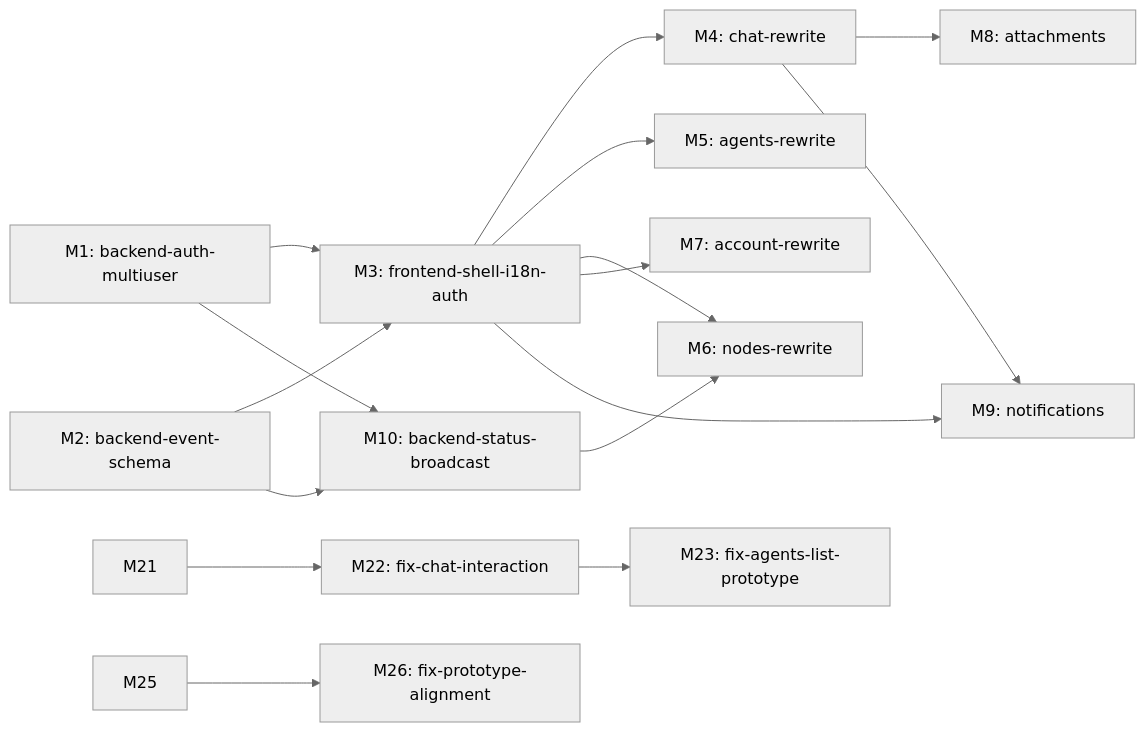
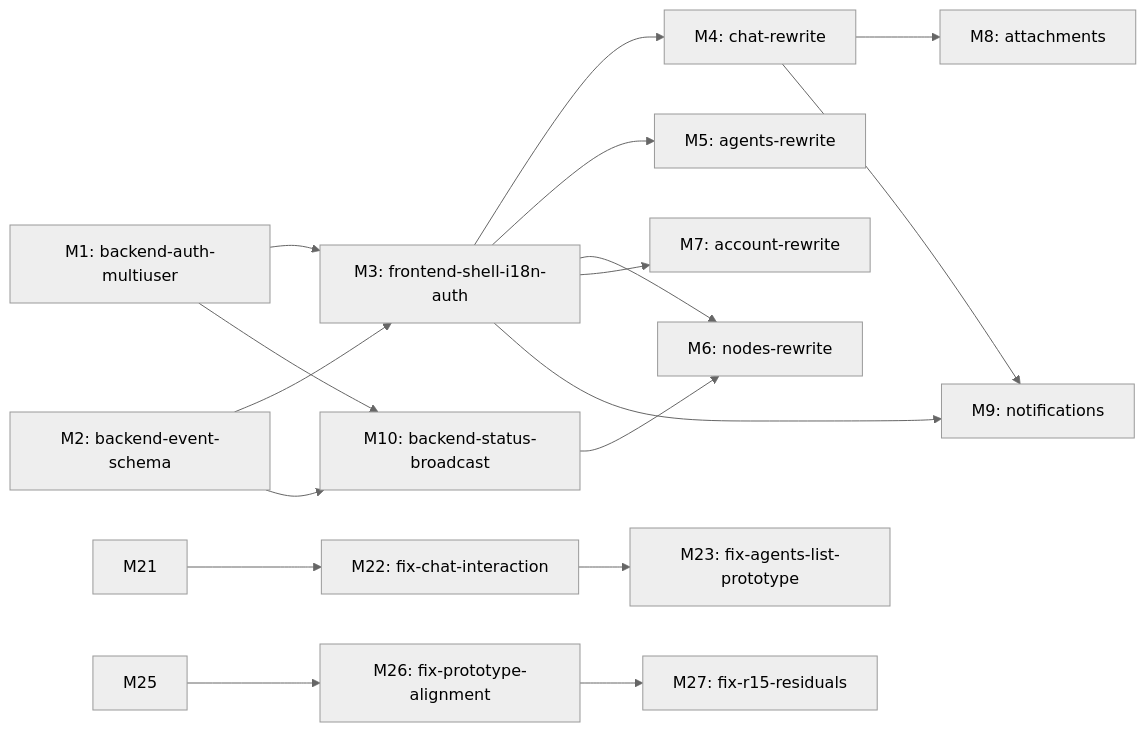
The diagram in docs/changes/feat-340-agent-native-im/design.md (Mrchen116/nano-multiagent), drawn with Mermaid (neutral theme) before and after one commit. The commit also changed other lines of this file and 1 other file, not shown here.

Commit message:
docs(feat-340): add M27 fix-r15-residuals milestone to design.md

````diff
--- a/docs/changes/feat-340-agent-native-im/design.md
+++ b/docs/changes/feat-340-agent-native-im/design.md
@@ -364,18 +365,19 @@
 ```mermaid
 graph LR
   M1[M1: backend-auth-multiuser] --> M3[M3: frontend-shell-i18n-auth]
   M2[M2: backend-event-schema] --> M3
   M1 --> M10[M10: backend-status-broadcast]
   M2 --> M10
   M3 --> M4[M4: chat-rewrite]
   M3 --> M5[M5: agents-rewrite]
   M3 --> M6[M6: nodes-rewrite]
   M10 --> M6
   M3 --> M7[M7: account-rewrite]
   M4 --> M8[M8: attachments]
   M3 --> M9[M9: notifications]
   M4 --> M9
   M21 --> M22[M22: fix-chat-interaction]
   M22 --> M23[M23: fix-agents-list-prototype]
   M25 --> M26[M26: fix-prototype-alignment]
+  M26 --> M27[M27: fix-r15-residuals]
 ```
````
